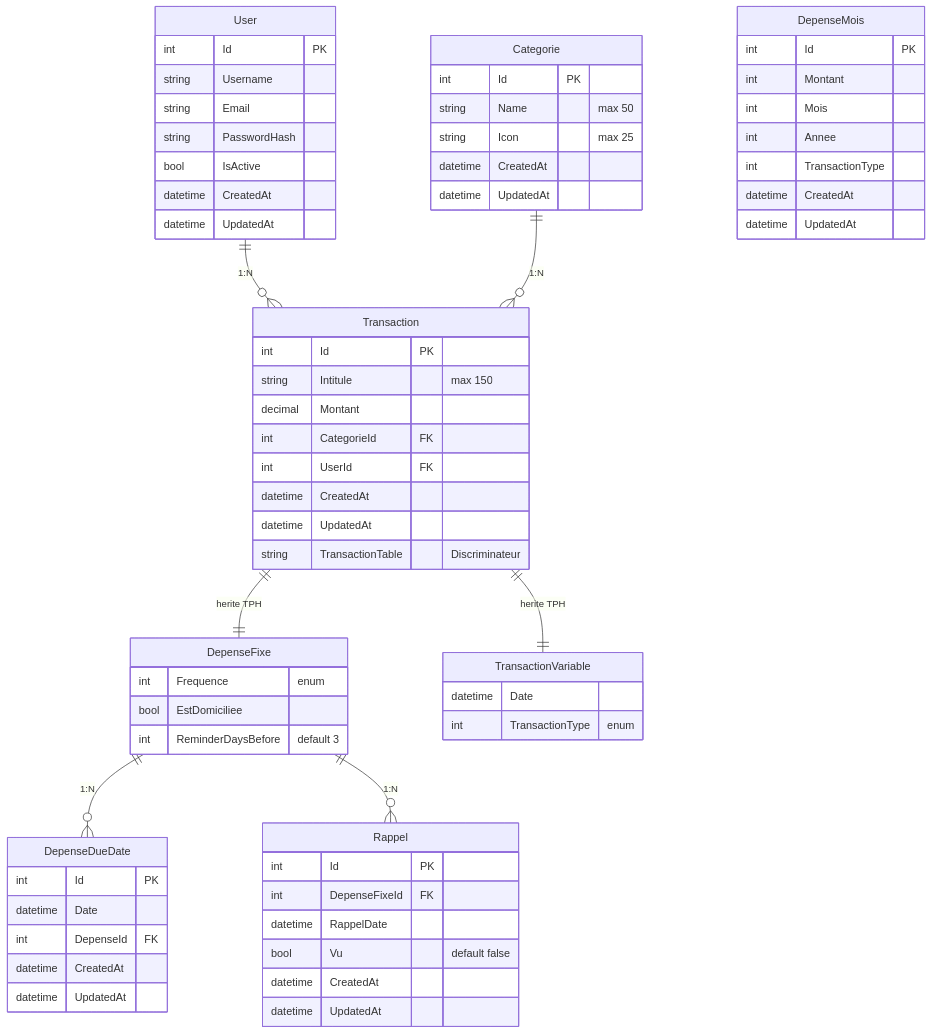
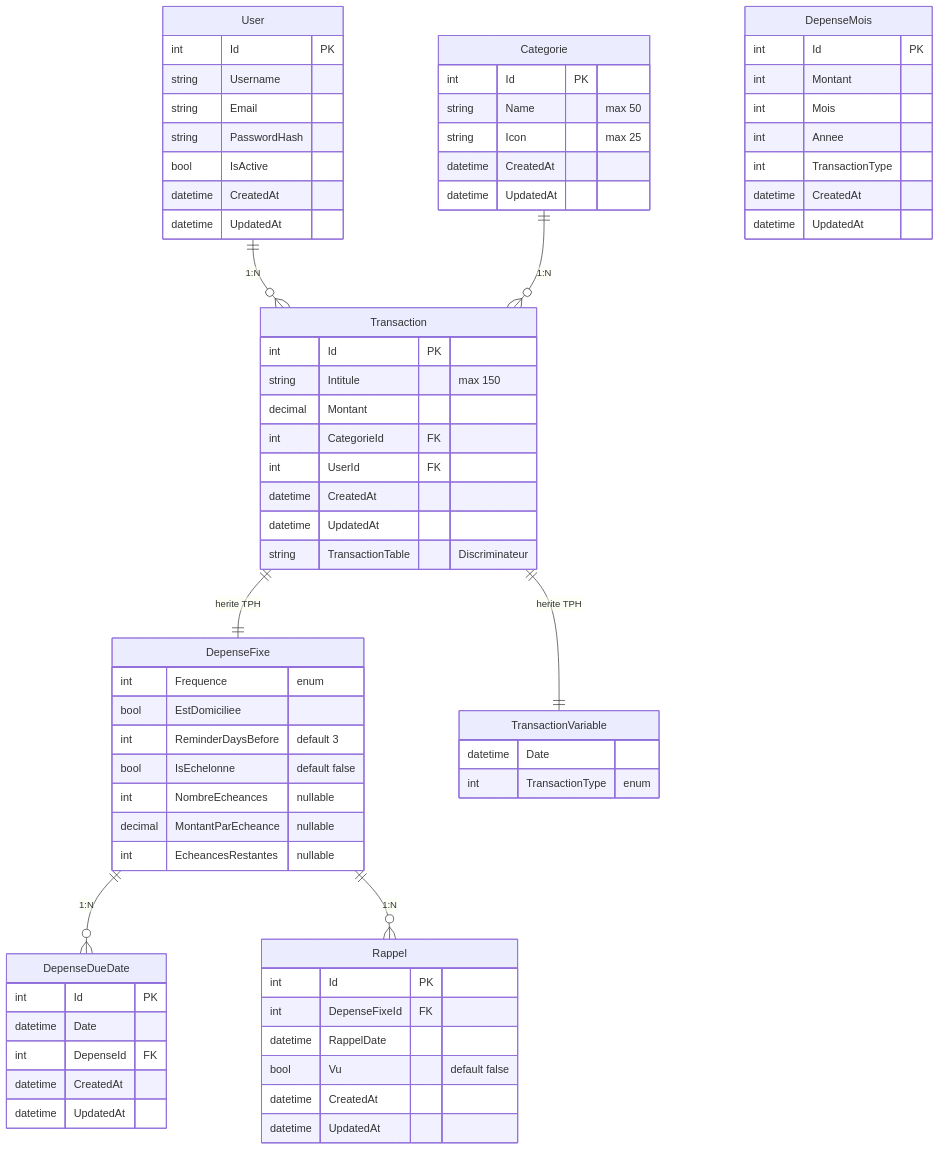
Before and after one commit to Petch91/BudgetApp: the diagram in ObsidianDocs/01-Projets/BudgetApp/Entites.md, drawn with Mermaid. The commit also changed other lines of this file and 3 other files, not shown here.

````diff
--- a/ObsidianDocs/01-Projets/BudgetApp/Entites.md
+++ b/ObsidianDocs/01-Projets/BudgetApp/Entites.md
@@ -7,76 +7,80 @@
 ```mermaid
 erDiagram
     User ||--o{ Transaction : "1:N"
     Categorie ||--o{ Transaction : "1:N"
     Transaction ||--|| DepenseFixe : "herite TPH"
     Transaction ||--|| TransactionVariable : "herite TPH"
     DepenseFixe ||--o{ DepenseDueDate : "1:N"
     DepenseFixe ||--o{ Rappel : "1:N"
 
     Categorie {
         int Id PK
         string Name "max 50"
         string Icon "max 25"
         datetime CreatedAt
         datetime UpdatedAt
     }
 
     User {
         int Id PK
         string Username
         string Email
         string PasswordHash
         bool IsActive
         datetime CreatedAt
         datetime UpdatedAt
     }
 
     Transaction {
         int Id PK
         string Intitule "max 150"
         decimal Montant
         int CategorieId FK
         int UserId FK
         datetime CreatedAt
         datetime UpdatedAt
         string TransactionTable "Discriminateur"
     }
 
     DepenseFixe {
         int Frequence "enum"
         bool EstDomiciliee
         int ReminderDaysBefore "default 3"
+        bool IsEchelonne "default false"
+        int NombreEcheances "nullable"
+        decimal MontantParEcheance "nullable"
+        int EcheancesRestantes "nullable"
     }
 
     TransactionVariable {
         datetime Date
         int TransactionType "enum"
     }
 
     DepenseDueDate {
         int Id PK
         datetime Date
         int DepenseId FK
         datetime CreatedAt
         datetime UpdatedAt
     }
 
     Rappel {
         int Id PK
         int DepenseFixeId FK
         datetime RappelDate
         bool Vu "default false"
         datetime CreatedAt
         datetime UpdatedAt
     }
 
     DepenseMois {
         int Id PK
         int Montant
         int Mois
         int Annee
         int TransactionType
         datetime CreatedAt
         datetime UpdatedAt
     }
 ```
````
